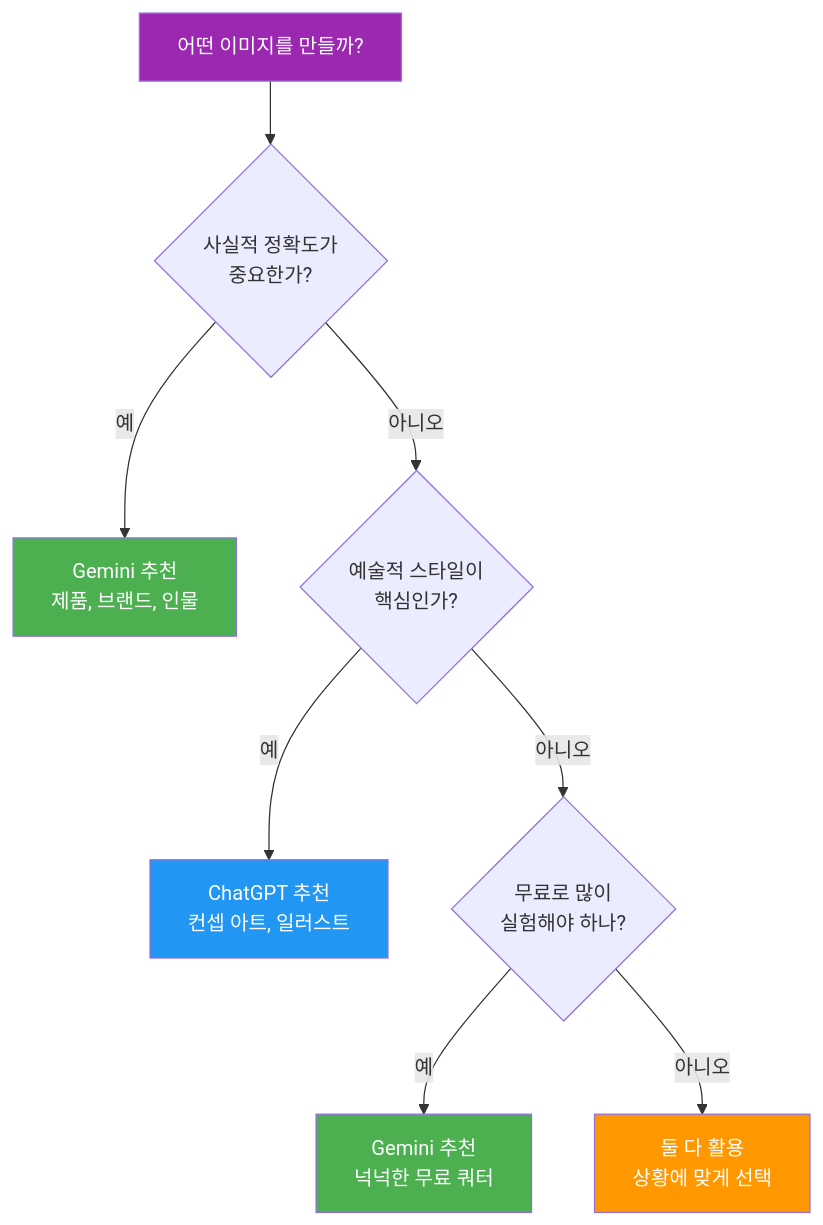
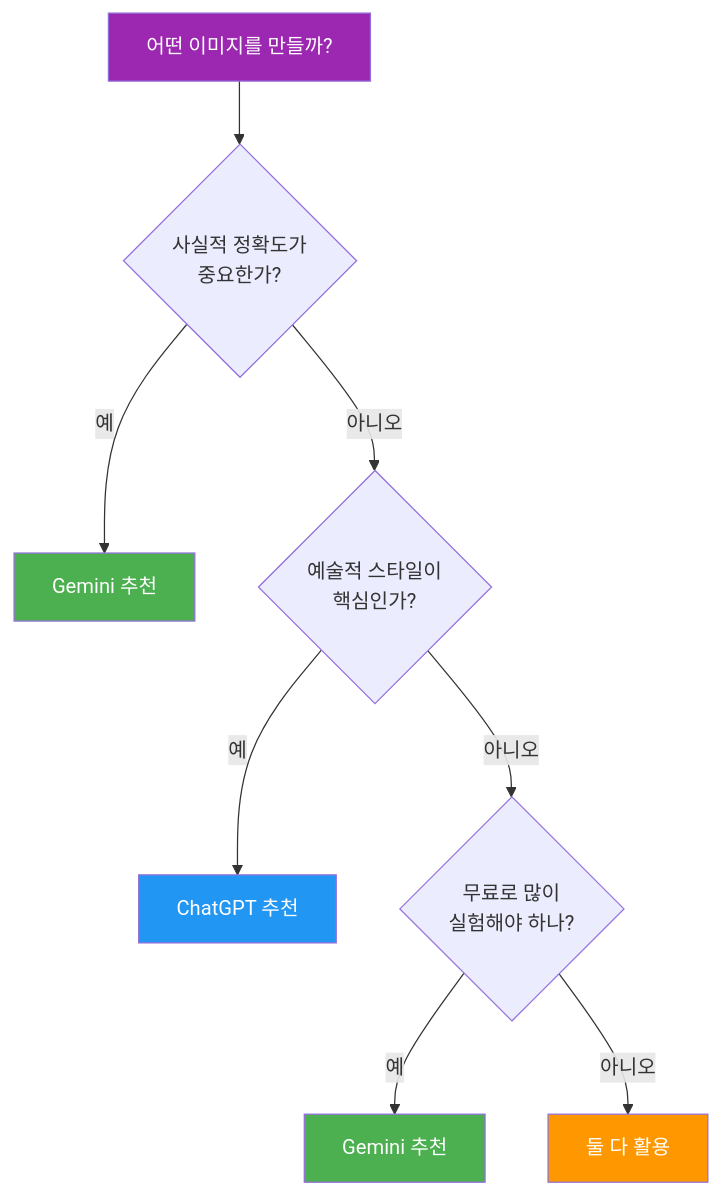
The diagram in 04-ch4-gemini-이미지-생성-실전/01-01-gemini-이미지-생성의-특징과-접근법.md (jsonpassion/forge-tutorial-promptcanvas), drawn with Mermaid before and after one commit. The commit also changed other lines of this file and 63 other files, not shown here.

````diff
--- a/04-ch4-gemini-이미지-생성-실전/01-01-gemini-이미지-생성의-특징과-접근법.md
+++ b/04-ch4-gemini-이미지-생성-실전/01-01-gemini-이미지-생성의-특징과-접근법.md
@@ -181,16 +135,16 @@
 ```mermaid
 flowchart TD
     Q["어떤 이미지를 만들까?"] --> A{"사실적 정확도가<br/>중요한가?"}
-    A -->|예| B["Gemini 추천<br/>제품, 브랜드, 인물"]
+    A -->|예| B["Gemini 추천"]
     A -->|아니오| C{"예술적 스타일이<br/>핵심인가?"}
-    C -->|예| D["ChatGPT 추천<br/>컨셉 아트, 일러스트"]
+    C -->|예| D["ChatGPT 추천"]
     C -->|아니오| E{"무료로 많이<br/>실험해야 하나?"}
-    E -->|예| F["Gemini 추천<br/>넉넉한 무료 쿼터"]
-    E -->|아니오| G["둘 다 활용<br/>상황에 맞게 선택"]
+    E -->|예| F["Gemini 추천"]
+    E -->|아니오| G["둘 다 활용"]
 
     style Q fill:#9C27B0,color:#fff
     style B fill:#4CAF50,color:#fff
     style D fill:#2196F3,color:#fff
     style F fill:#4CAF50,color:#fff
     style G fill:#FF9800,color:#fff
 ```
````
